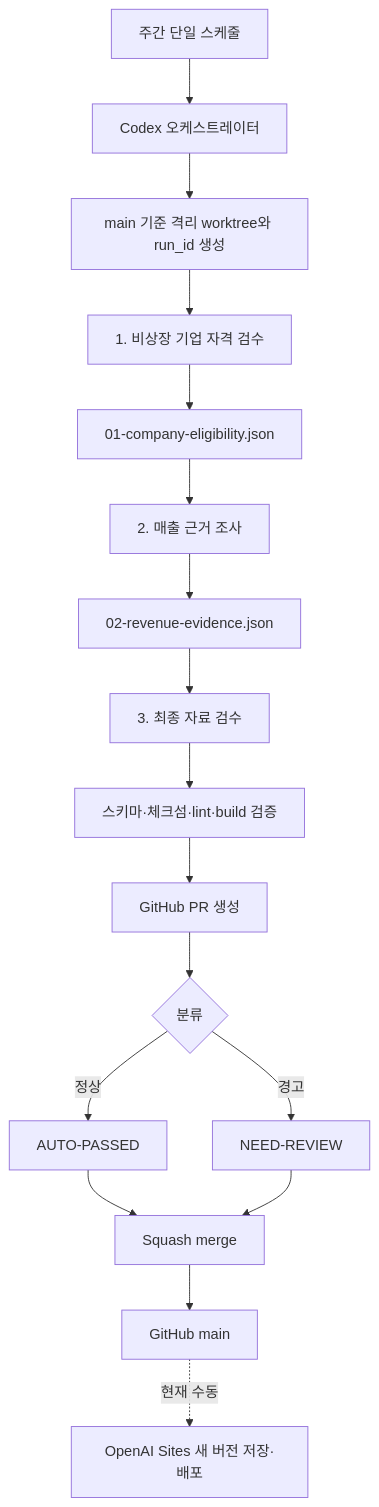
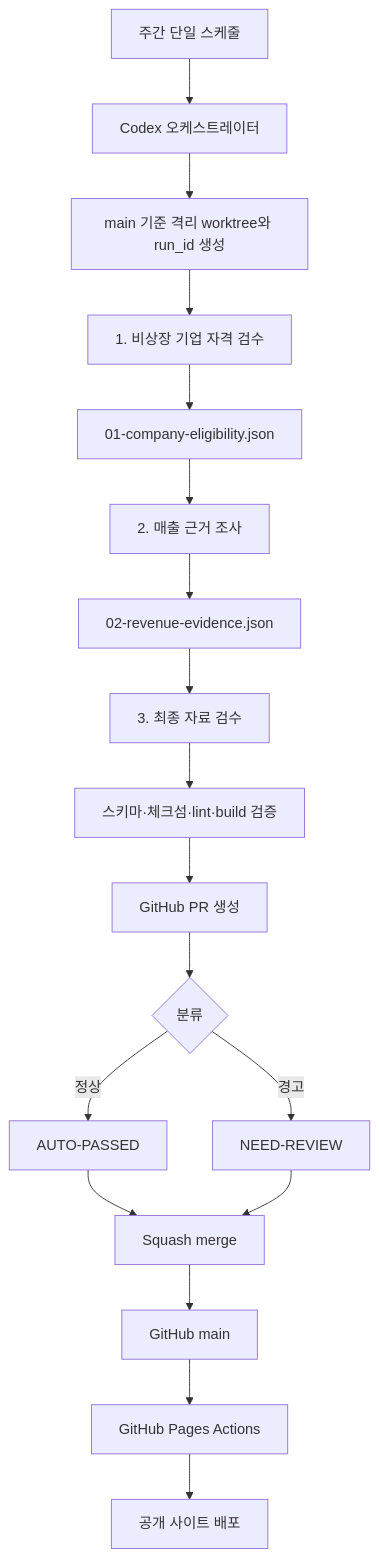
The diagram in ARCHITECTURE.md (euisuk-chung/AIstartup_dashboard), drawn with Mermaid before and after one commit. The commit also changed other lines of this file and 9 other files, not shown here.

Commit message:
feat: deploy site with GitHub Pages

````diff
--- a/ARCHITECTURE.md
+++ b/ARCHITECTURE.md
@@ -39,19 +38,20 @@
 ```mermaid
 flowchart TD
     S[주간 단일 스케줄] --> O[Codex 오케스트레이터]
     O --> W[main 기준 격리 worktree와 run_id 생성]
     W --> A1[1. 비상장 기업 자격 검수]
     A1 --> M1[01-company-eligibility.json]
     M1 --> A2[2. 매출 근거 조사]
     A2 --> M2[02-revenue-evidence.json]
     M2 --> A3[3. 최종 자료 검수]
     A3 --> V[스키마·체크섬·lint·build 검증]
     V --> PR[GitHub PR 생성]
     PR --> T{분류}
     T -->|정상| AP[AUTO-PASSED]
     T -->|경고| NR[NEED-REVIEW]
     AP --> MG[Squash merge]
     NR --> MG
     MG --> MAIN[GitHub main]
-    MAIN -. 현재 수동 .-> SITE[OpenAI Sites 새 버전 저장·배포]
+    MAIN --> ACTIONS[GitHub Pages Actions]
+    ACTIONS --> SITE[공개 사이트 배포]
 ```
````
